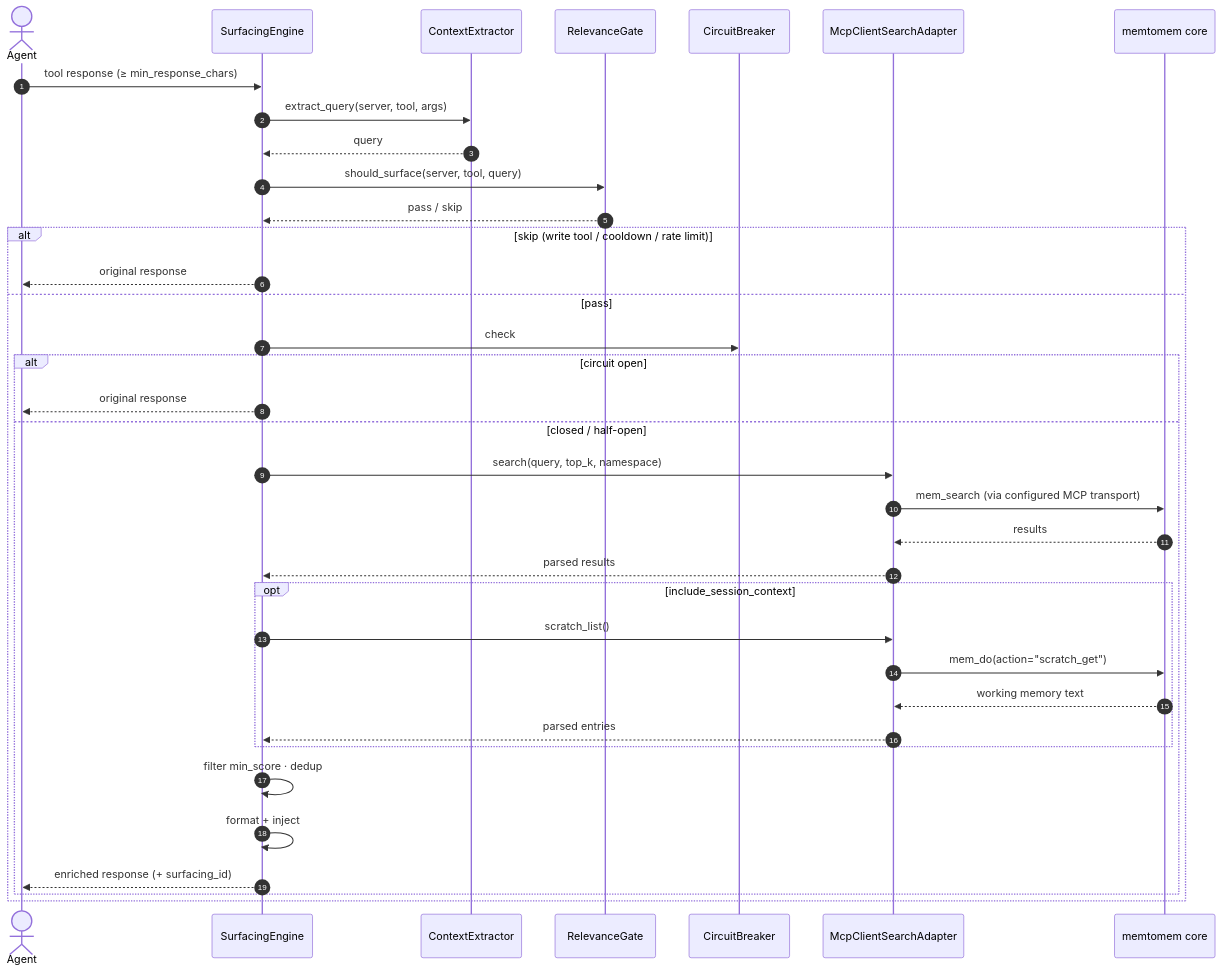
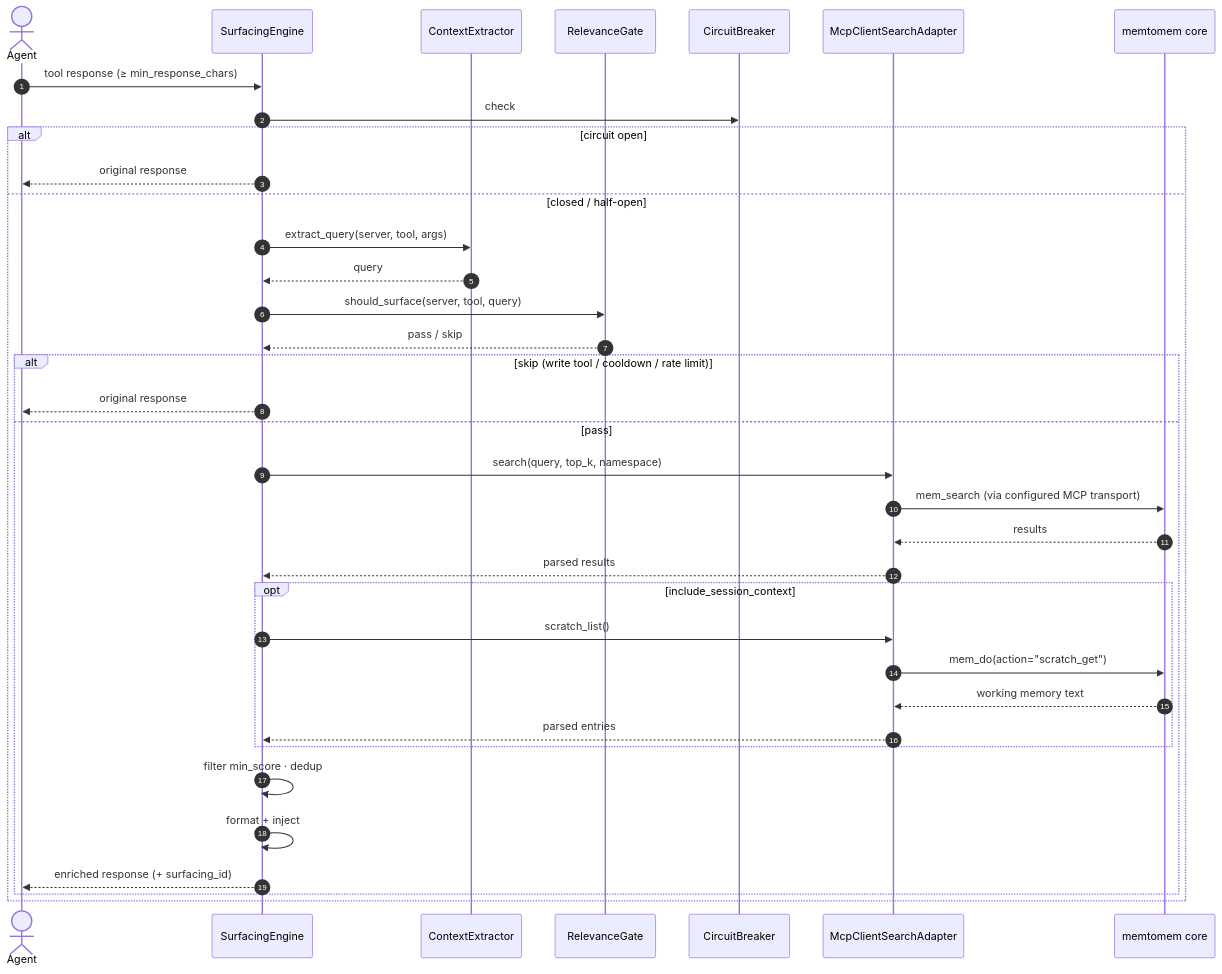
The third of 5 diagrams in docs/surfacing.md (memtomem/memtomem-stm), drawn with Mermaid before and after one commit. The commit also changed other lines of this file and 8 other files, not shown here.

````diff
--- a/docs/surfacing.md
+++ b/docs/surfacing.md
@@ -181,39 +216,39 @@
 ```mermaid
 sequenceDiagram
     autonumber
     actor Agent
     participant STM as SurfacingEngine
     participant Ext as ContextExtractor
     participant Gate as RelevanceGate
     participant CB as CircuitBreaker
     participant MCP as McpClientSearchAdapter
     participant Core as memtomem core
 
     Agent->>STM: tool response (≥ min_response_chars)
-    STM->>Ext: extract_query(server, tool, args)
-    Ext-->>STM: query
-    STM->>Gate: should_surface(server, tool, query)
-    Gate-->>STM: pass / skip
-    alt skip (write tool / cooldown / rate limit)
+    STM->>CB: check
+    alt circuit open
         STM-->>Agent: original response
-    else pass
-        STM->>CB: check
-        alt circuit open
+    else closed / half-open
+        STM->>Ext: extract_query(server, tool, args)
+        Ext-->>STM: query
+        STM->>Gate: should_surface(server, tool, query)
+        Gate-->>STM: pass / skip
+        alt skip (write tool / cooldown / rate limit)
             STM-->>Agent: original response
-        else closed / half-open
+        else pass
             STM->>MCP: search(query, top_k, namespace)
             MCP->>Core: mem_search (via configured MCP transport)
             Core-->>MCP: results
             MCP-->>STM: parsed results
             opt include_session_context
                 STM->>MCP: scratch_list()
                 MCP->>Core: mem_do(action="scratch_get")
                 Core-->>MCP: working memory text
                 MCP-->>STM: parsed entries
             end
             STM->>STM: filter min_score · dedup
             STM->>STM: format + inject
             STM-->>Agent: enriched response (+ surfacing_id)
         end
     end
 ```
````
